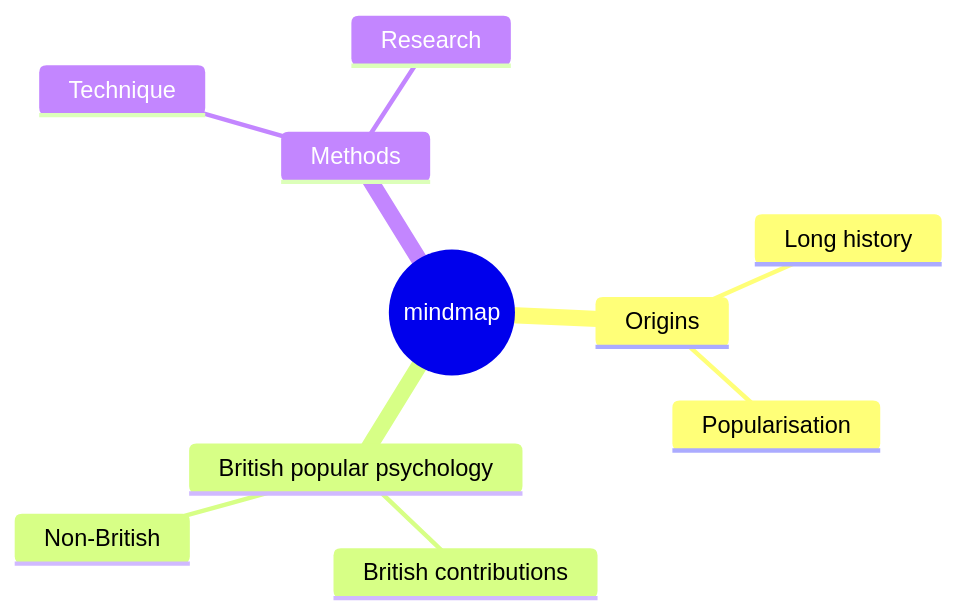
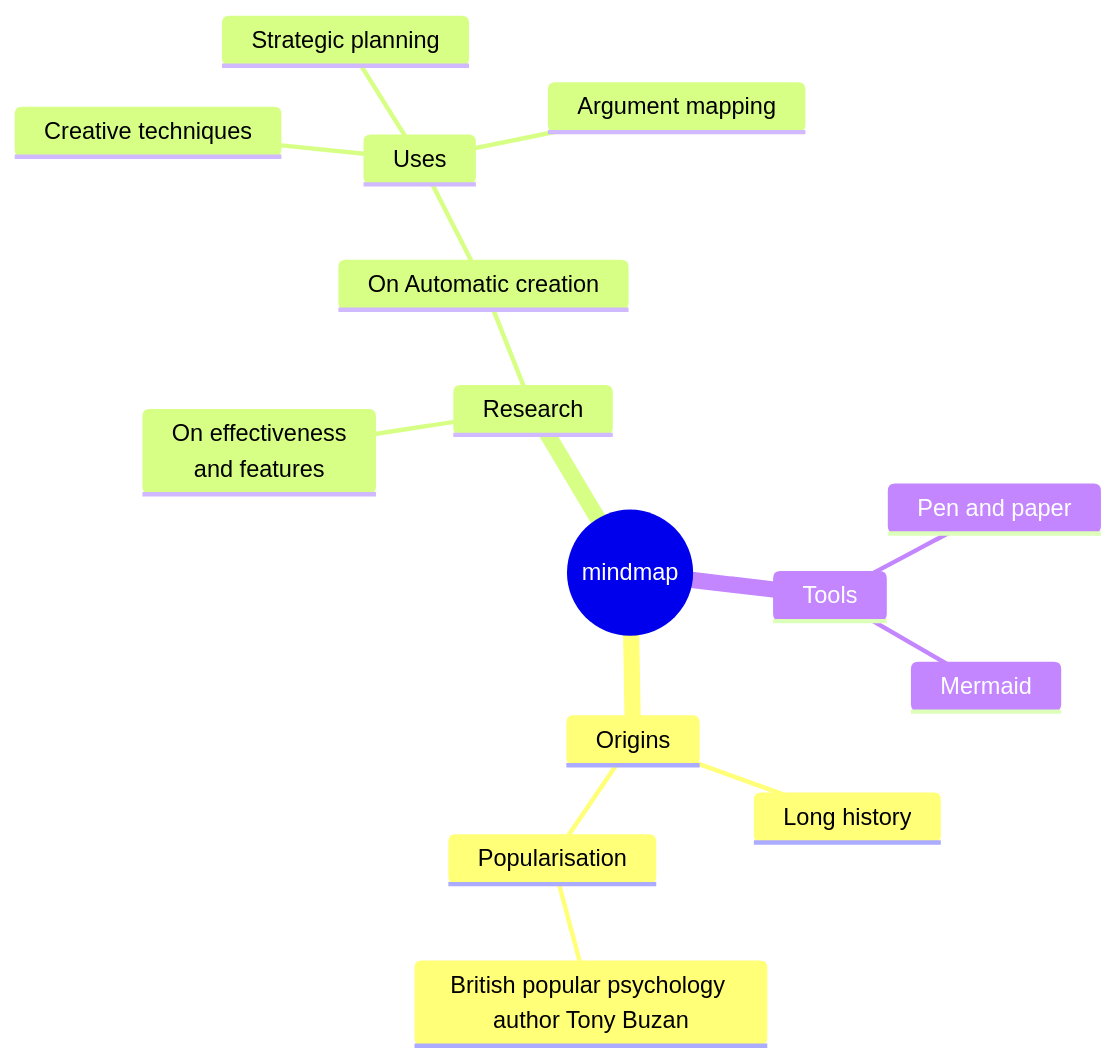
The second of 25 diagrams in .agents/skills/mermaid-11-14-0/references/06-other-diagrams.md (tangledgroup/tangled-skills), drawn with Mermaid before and after one commit. The commit also changed other lines of this file and 15 other files, not shown here.

First line of the commit message:
chore: regenerate mermaid skill and create rsync 3.4.1 skill with full documentation

````diff
--- a/.agents/skills/mermaid-11-14-0/references/06-other-diagrams.md
+++ b/.agents/skills/mermaid-11-14-0/references/06-other-diagrams.md
@@ -22,13 +22,19 @@
 ```mermaid
 mindmap
     root((mindmap))
         Origins
             Long history
+            ::icon(fa fa-book)
             Popularisation
-        British popular psychology
-            British contributions
-            Non-British
-        Methods
-            Technique
-            Research
+                British popular psychology author Tony Buzan
+        Research
+            On effectiveness<br/>and features
+            On Automatic creation
+                Uses
+                    Creative techniques
+                    Strategic planning
+                    Argument mapping
+        Tools
+            Pen and paper
+            Mermaid
 ```
````
